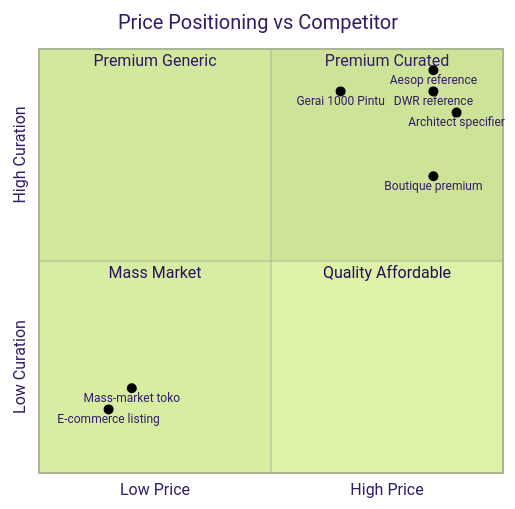
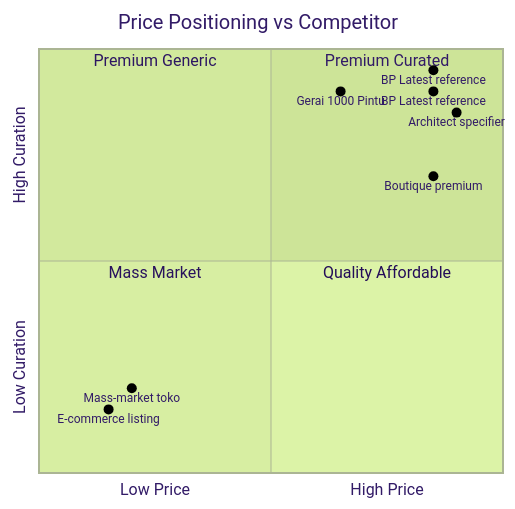
The second of 3 diagrams in librechat-deploy/skills/cfo/pricing-strategy.md (MahewAi/Mahew), drawn with Mermaid (forest theme) before and after one commit. The commit also changed other lines of this file and 80 other files, not shown here.

````diff
--- a/librechat-deploy/skills/cfo/pricing-strategy.md
+++ b/librechat-deploy/skills/cfo/pricing-strategy.md
@@ -269,17 +269,17 @@
 ```mermaid
 quadrantChart
     title Price Positioning vs Competitor
     x-axis Low Price --> High Price
     y-axis Low Curation --> High Curation
     quadrant-1 Premium Curated
     quadrant-2 Premium Generic
     quadrant-3 Mass Market
     quadrant-4 Quality Affordable
     Gerai 1000 Pintu: [0.65, 0.9]
-    Aesop reference: [0.85, 0.95]
-    DWR reference: [0.85, 0.9]
+    BP Latest reference: [0.85, 0.95]
+    BP Latest reference: [0.85, 0.9]
     Boutique premium: [0.85, 0.7]
     Architect specifier: [0.9, 0.85]
     Mass-market toko: [0.2, 0.2]
     E-commerce listing: [0.15, 0.15]
 ```
````
